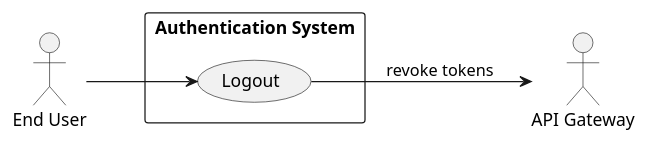
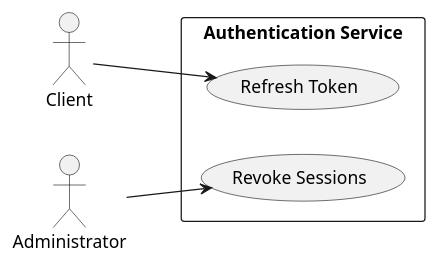
Before and after one commit to Bimmi-kumari-singh/Agent-testing: the fifth of 7 diagrams in .propel/context/docs/spec.md, drawn with PlantUML. The commit also changed other lines of this file, not shown here.

````diff
--- a/.propel/context/docs/spec.md
+++ b/.propel/context/docs/spec.md
@@ -405,16 +356,15 @@
 ```plantuml
 @startuml
 left to right direction
 skinparam packageStyle rectangle
 
-actor "End User" as User
-actor "API Gateway" as API
-
-rectangle "Authentication System" {
-  usecase (Logout) as UC5
+actor "Client" as Client
+actor "Administrator" as Admin
+rectangle "Authentication Service" {
+  usecase (Refresh Token) as UC5
+  usecase (Revoke Sessions) as UC5b
 }
-
-User --> UC5
-UC5 --> API : revoke tokens
+Client --> UC5
+Admin --> UC5b
 @enduml
 ```
````
